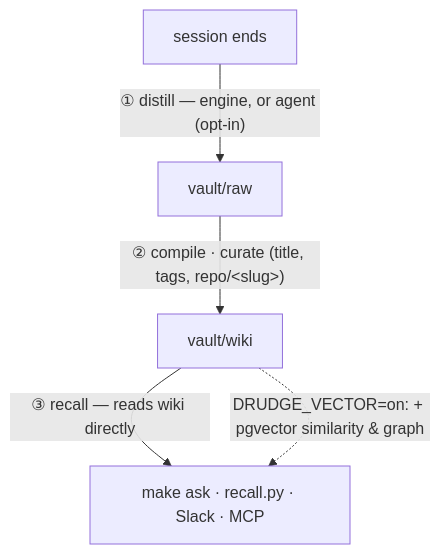
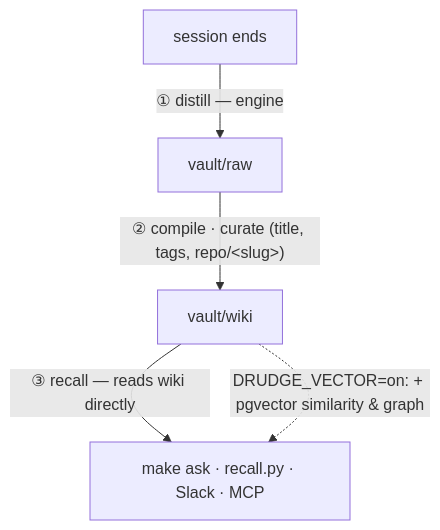
Before and after one commit to jazz1x/ohmyboring: the second of 2 diagrams in README.md, drawn with Mermaid. The commit also changed other lines of this file and 2 other files, not shown here.

First line of the commit message:
refactor: engine-direct distillation — remove hermes-agent write-door dependency

````diff
--- a/README.md
+++ b/README.md
@@ -121,7 +121,7 @@
 ```mermaid
 flowchart TD
-  S["session ends"] -->|"① distill — engine, or agent (opt-in)"| RAW["vault/raw"]
+  S["session ends"] -->|"① distill — engine"| RAW["vault/raw"]
   RAW -->|"② compile · curate (title, tags, repo/&lt;slug&gt;)"| WK["vault/wiki"]
   WK -->|"③ recall — reads wiki directly"| ANS["make ask · recall.py · Slack · MCP"]
   WK -. "DRUDGE_VECTOR=on: + pgvector similarity &amp; graph" .-> ANS
 ```
````
